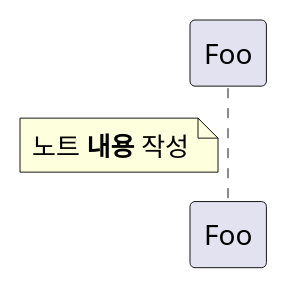
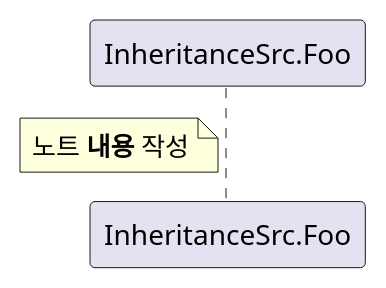
Before and after one commit to LimNoah/LNoah-TIL: the third of 3 diagrams in Java/3_OOPAdvanced/3_5_ClassDiagram/README.md, drawn with PlantUML. The commit also changed other lines of this file and 31 other files, not shown here.

````diff
--- a/Java/3_OOPAdvanced/3_5_ClassDiagram/README.md
+++ b/Java/3_OOPAdvanced/3_5_ClassDiagram/README.md
@@ -59,5 +59,5 @@
     ```puml
-    note left of Foo
+    note left of InheritanceSrc.Foo
       노트 <b>내용</b> 작성
     end note
     ```
````
